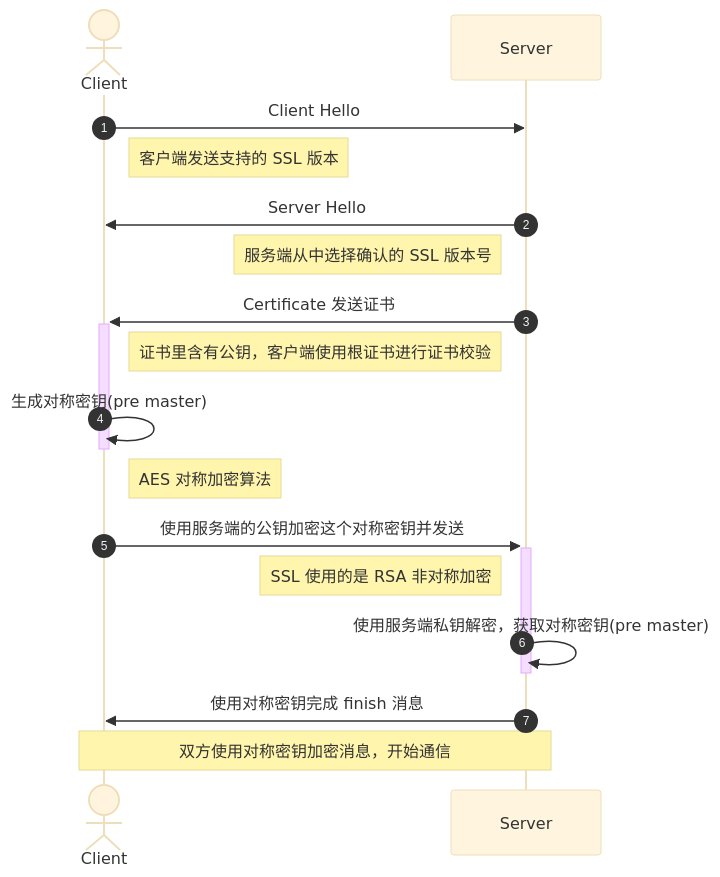
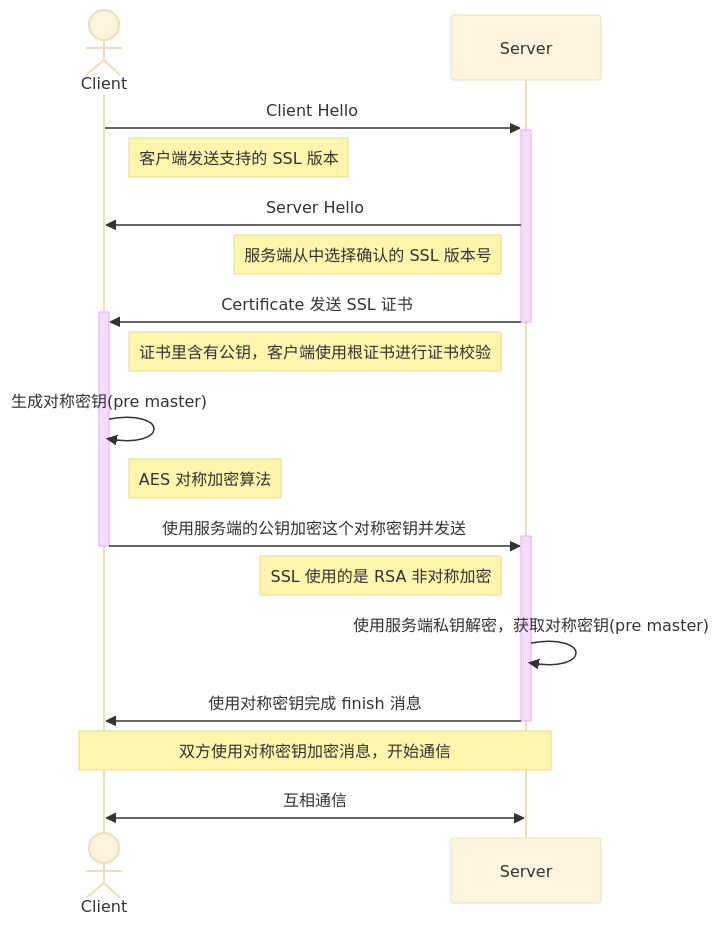
The third of 5 diagrams in lib/底层网络知识之应用层/HTTPS/index.md (kyriejoshua/network-protocol-notes), drawn with Mermaid (base theme) before and after one commit. The commit also changed other lines of this file, not shown here.

````diff
--- a/lib/底层网络知识之应用层/HTTPS/index.md
+++ b/lib/底层网络知识之应用层/HTTPS/index.md
@@ -390,19 +437,20 @@
 ```mermaid
 sequenceDiagram
-autonumber
 actor Client
-
-Client ->> Server: Client Hello
+Client ->> +Server: Client Hello
 note right of Client: 客户端发送支持的 SSL 版本
 Server ->> Client: Server Hello
 note left of Server: 服务端从中选择确认的 SSL 版本号
-Server ->> +Client: Certificate 发送证书
+Server ->> +Client: Certificate 发送 SSL 证书
+deactivate Server
 note left of Server: 证书里含有公钥，客户端使用根证书进行证书校验
-Client ->> -Client: 生成对称密钥(pre master)
+Client ->> Client: 生成对称密钥(pre master)
 note right of Client: AES 对称加密算法
 Client ->> +Server: 使用服务端的公钥加密这个对称密钥并发送
+deactivate Client
 note left of Server: SSL 使用的是 RSA 非对称加密
-Server ->> -Server: 使用服务端私钥解密，获取对称密钥(pre master)
-Server ->> Client: 使用对称密钥完成 finish 消息
+Server ->> Server: 使用服务端私钥解密，获取对称密钥(pre master)
+Server ->> -Client: 使用对称密钥完成 finish 消息
 note over Client, Server: 双方使用对称密钥加密消息，开始通信
+Server <<->> Client: 互相通信
 ```
````
